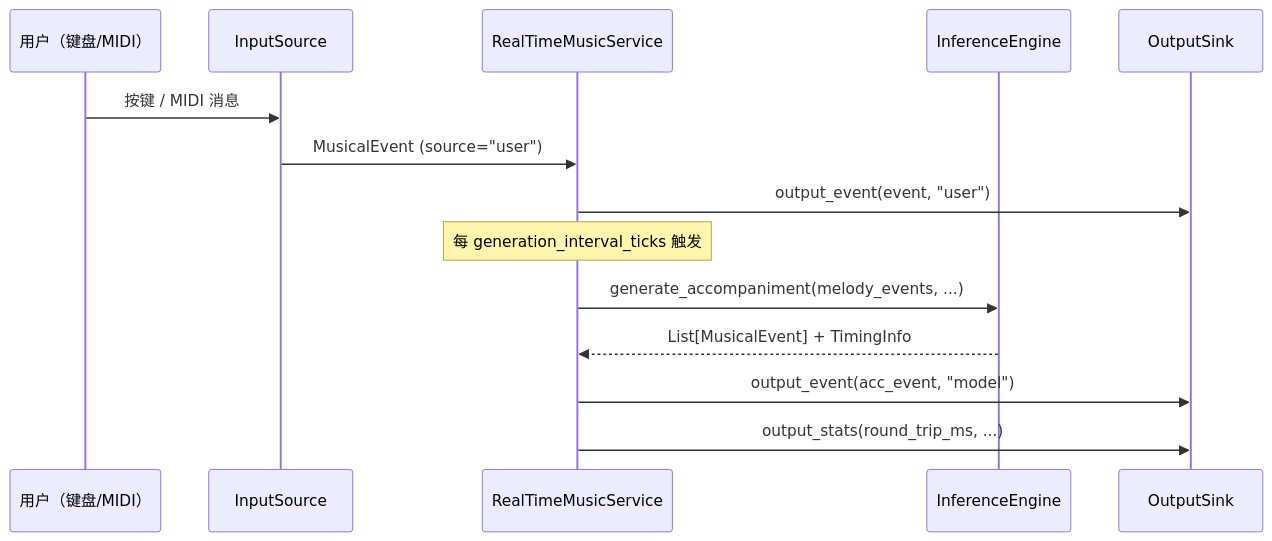
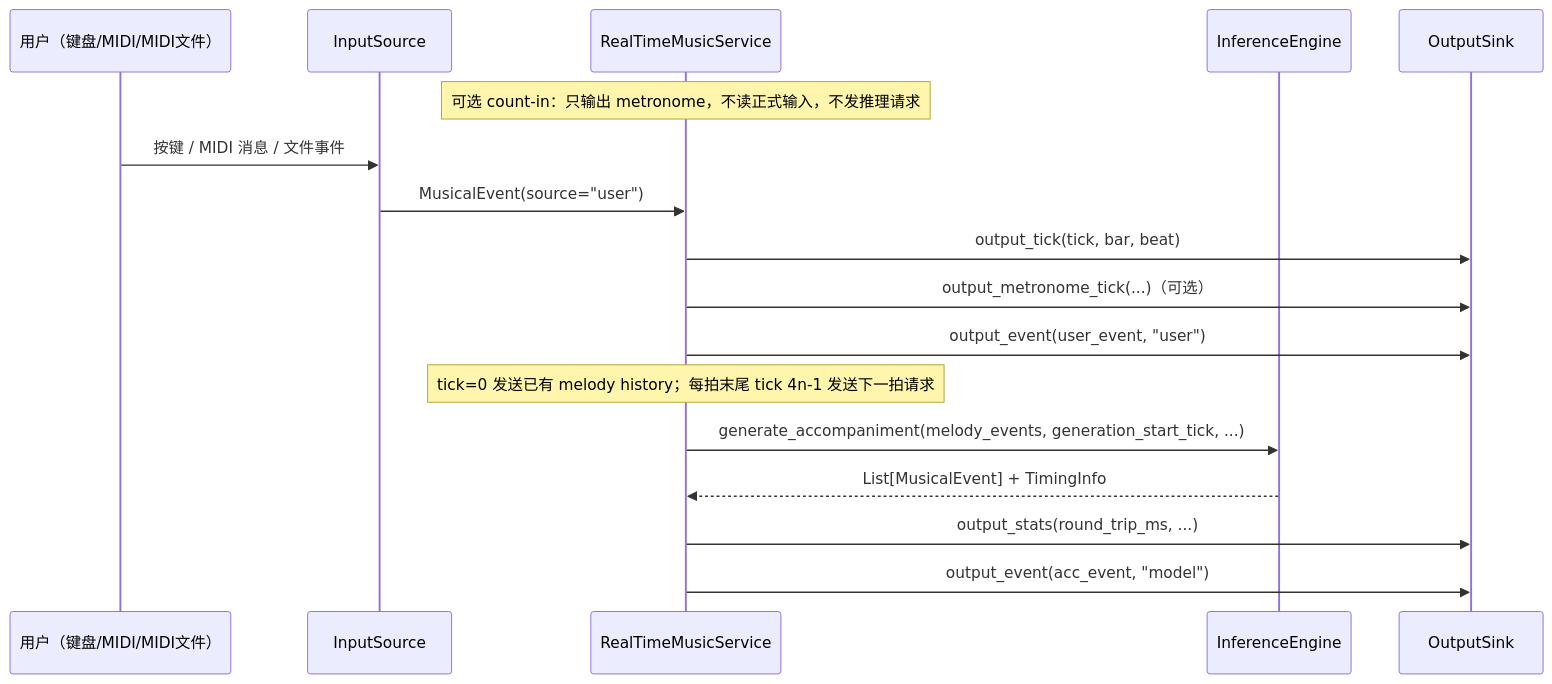
One commit to StreamMUSE/StreamMUSE-v1 changed the first of 2 diagrams in docs/architecture/overview.md. Above: the diagram before and after it, drawn with Mermaid. The commit also changed other lines of this file and 32 other files, not shown here.

````diff
--- a/docs/architecture/overview.md
+++ b/docs/architecture/overview.md
@@ -59,18 +59,21 @@
 ```mermaid
 sequenceDiagram
-    participant User as 用户（键盘/MIDI）
+    participant User as 用户（键盘/MIDI/MIDI文件）
     participant Input as InputSource
     participant Service as RealTimeMusicService
     participant Engine as InferenceEngine
     participant Output as OutputSink
 
-    User->>Input: 按键 / MIDI 消息
-    Input->>Service: MusicalEvent (source="user")
-    Service->>Output: output_event(event, "user")
-    
-    Note over Service: 每 generation_interval_ticks 触发
-    Service->>Engine: generate_accompaniment(melody_events, ...)
+    Note over Service: 可选 count-in：只输出 metronome，不读正式输入，不发推理请求
+    User->>Input: 按键 / MIDI 消息 / 文件事件
+    Input->>Service: MusicalEvent(source="user")
+    Service->>Output: output_tick(tick, bar, beat)
+    Service->>Output: output_metronome_tick(...)（可选）
+    Service->>Output: output_event(user_event, "user")
+
+    Note over Service: tick=0 发送已有 melody history；每拍末尾 tick 4n-1 发送下一拍请求
+    Service->>Engine: generate_accompaniment(melody_events, generation_start_tick, ...)
     Engine-->>Service: List[MusicalEvent] + TimingInfo
+    Service->>Output: output_stats(round_trip_ms, ...)
     Service->>Output: output_event(acc_event, "model")
-    Service->>Output: output_stats(round_trip_ms, ...)
 ```
````
